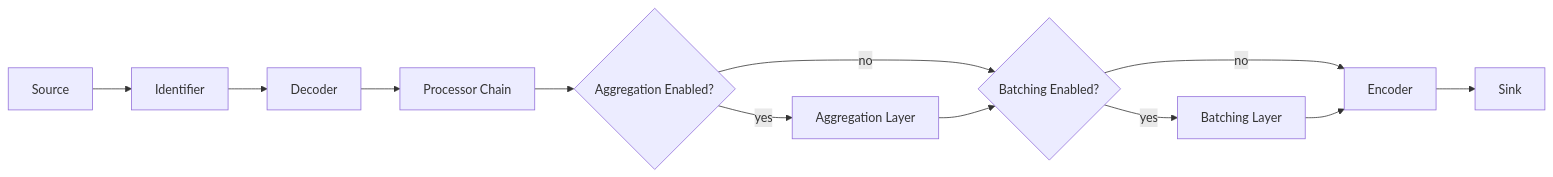
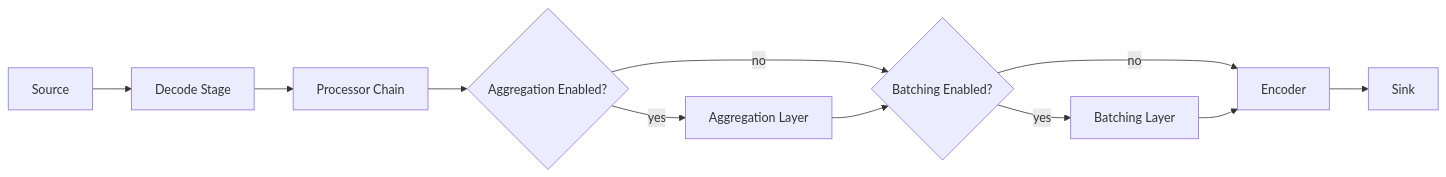
Before and after one commit to netsampler/goflow2: the first of 7 diagrams in docs/reflow-architecture.md, drawn with Mermaid. The commit also changed other lines of this file, not shown here.

````diff
--- a/docs/reflow-architecture.md
+++ b/docs/reflow-architecture.md
@@ -239,14 +225,16 @@
 ```mermaid
 flowchart LR
-    S[Source] --> I[Identifier]
-    I --> D[Decoder]
-    D --> P[Processor Chain]
+    S[Source]
+    D[Decode Stage]
+    P[Processor Chain]
+    S --> D
+    D --> P
     P --> A{Aggregation Enabled?}
     A -- no --> B{Batching Enabled?}
     A -- yes --> G[Aggregation Layer]
     G --> B
     B -- no --> E[Encoder]
     B -- yes --> H[Batching Layer]
     H --> E
     E --> K[Sink]
 ```
````
